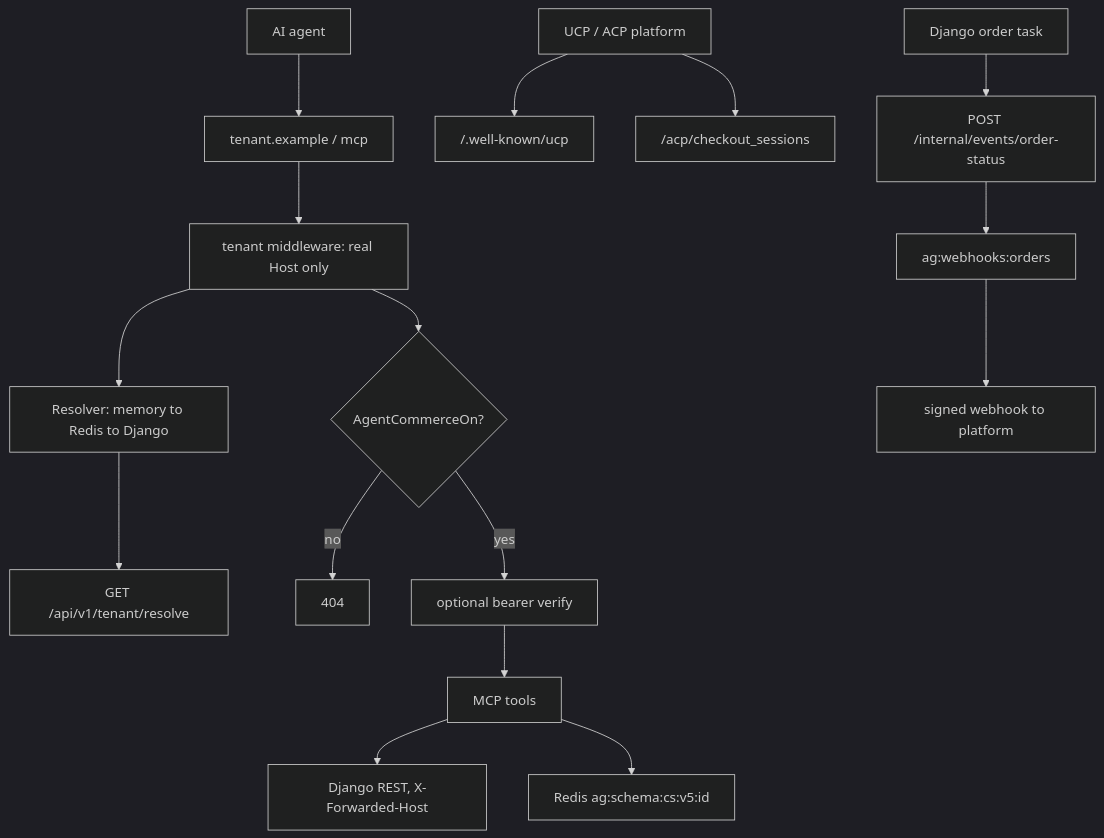
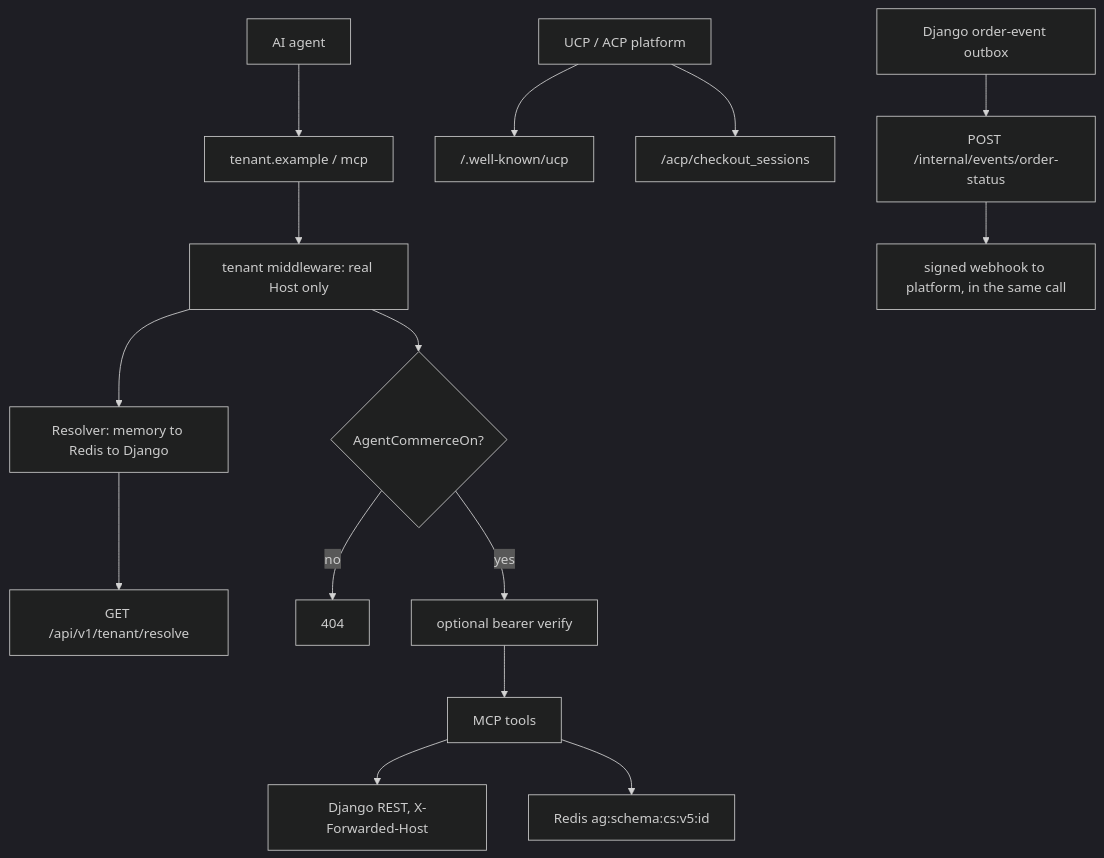
Before and after one commit to vasilistotskas/grooveshop-docs: the diagram in src/dev/flows/agentic-commerce.md, drawn with Mermaid (dark theme). The commit also changed other lines of this file and 2 other files, not shown here.

First line of the commit message:
docs(dev): order events come from Django's outbox and are delivered within the gateway's call (#180)

````diff
--- a/src/dev/flows/agentic-commerce.md
+++ b/src/dev/flows/agentic-commerce.md
@@ -28,19 +28,18 @@
 ```mermaid
 flowchart TD
   Agent["AI agent"] --> Host["tenant.example / mcp"]
   Host --> MW["tenant middleware: real Host only"]
   MW --> Res["Resolver: memory to Redis to Django"]
   Res --> Django["GET /api/v1/tenant/resolve"]
   MW --> Gate{"AgentCommerceOn?"}
   Gate -- "no" --> NF["404"]
   Gate -- "yes" --> Ident["optional bearer verify"]
   Ident --> Tools["MCP tools"]
   Tools --> API["Django REST, X-Forwarded-Host"]
   Tools --> Sess["Redis ag:schema:cs:v5:id"]
 
   Platform["UCP / ACP platform"] --> Profile["/.well-known/ucp"]
   Platform --> ACP["/acp/checkout_sessions"]
-  DJ["Django order task"] --> Int["POST /internal/events/order-status"]
-  Int --> Queue["ag:webhooks:orders"]
-  Queue --> Hook["signed webhook to platform"]
+  DJ["Django order-event outbox"] --> Int["POST /internal/events/order-status"]
+  Int --> Hook["signed webhook to platform, in the same call"]
 ```
````
